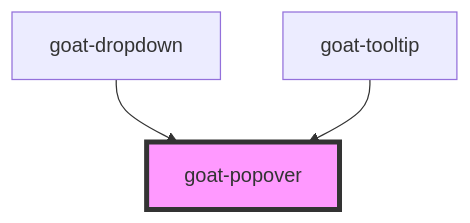
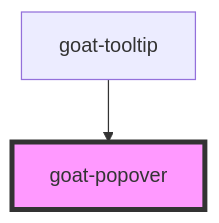
Before and after one commit to goatui/components: the diagram in src/components/informational/popover/popover/readme.md, drawn with Mermaid. The commit also changed other lines of this file and 22 other files, not shown here.

````diff
--- a/src/components/informational/popover/popover/readme.md
+++ b/src/components/informational/popover/popover/readme.md
@@ -69,6 +68,5 @@
 ```mermaid
 graph TD;
-  goat-dropdown --> goat-popover
   goat-tooltip --> goat-popover
   style goat-popover fill:#f9f,stroke:#333,stroke-width:4px
 ```
````
